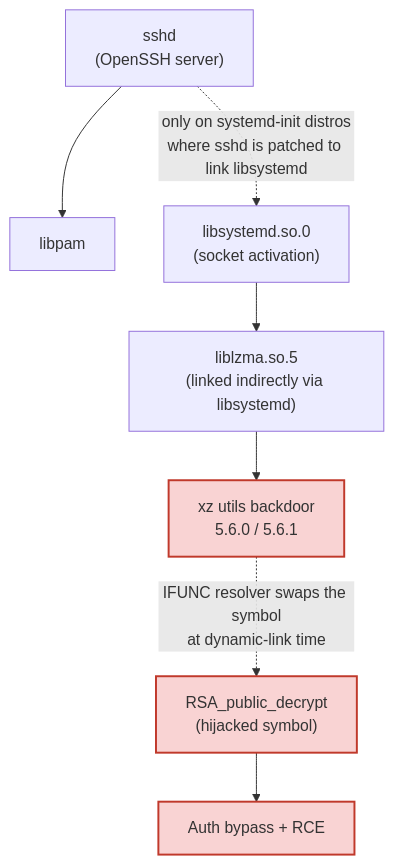
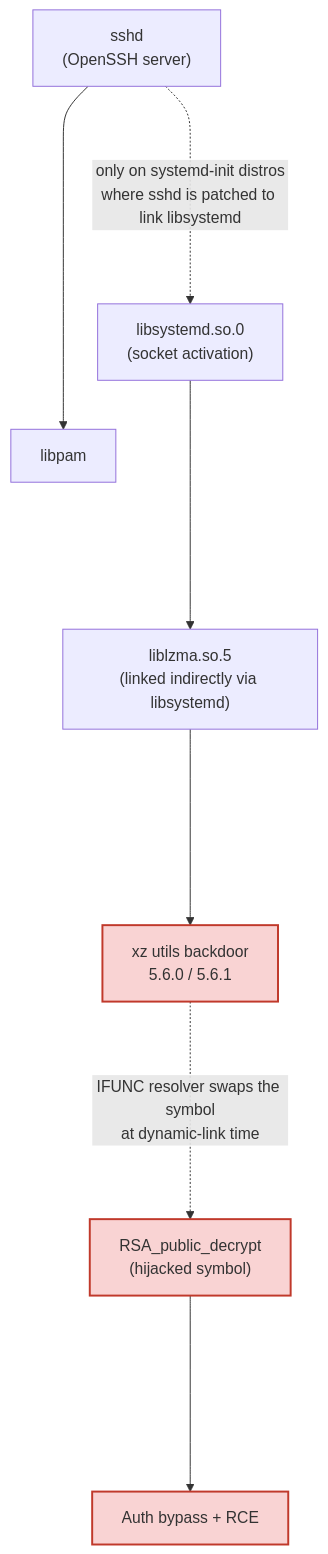
One commit to bertpl/scrolly changed the diagram in examples/_regression/ssh-hijack.mmd. Above: the diagram before and after it, drawn with Mermaid. The commit also changed 3 other files, not shown here.

First line of the commit message:
fix: contain mermaid diagrams within their element box

```diff
--- a/examples/_regression/ssh-hijack.mmd
+++ b/examples/_regression/ssh-hijack.mmd
@@ -1,18 +1,18 @@
 flowchart TB
     SSHD["sshd<br/>(OpenSSH server)"]
     PAM[libpam]
     SYSTEMD["libsystemd.so.0<br/>(socket activation)"]
     LZMA["liblzma.so.5<br/>(linked indirectly via libsystemd)"]
     PAYLOAD["xz utils backdoor<br/>5.6.0 / 5.6.1"]
     RSA["RSA_public_decrypt<br/>(hijacked symbol)"]
     AUTH[Auth bypass + RCE]
 
-    SSHD --> PAM
-    SSHD -.->|"only on systemd-init distros<br/>where sshd is patched to link libsystemd"| SYSTEMD
-    SYSTEMD --> LZMA
-    LZMA --> PAYLOAD
-    PAYLOAD -.->|"IFUNC resolver swaps the symbol<br/>at dynamic-link time"| RSA
-    RSA --> AUTH
+    SSHD -----> PAM
+    SSHD -...->|"only on systemd-init distros<br/>where sshd is patched to link libsystemd"| SYSTEMD
+    SYSTEMD -----> LZMA
+    LZMA -----> PAYLOAD
+    PAYLOAD -...->|"IFUNC resolver swaps the symbol<br/>at dynamic-link time"| RSA
+    RSA -----> AUTH
 
     classDef hijacked fill:#f9d3d3,stroke:#c0392b,stroke-width:2px
     class PAYLOAD,RSA,AUTH hijacked
```
